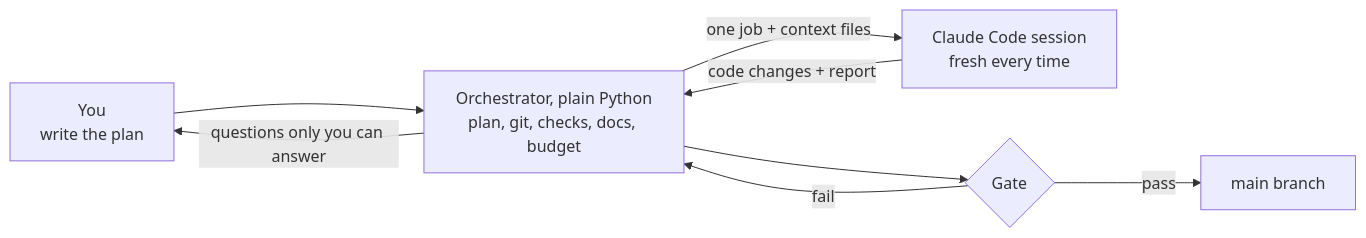
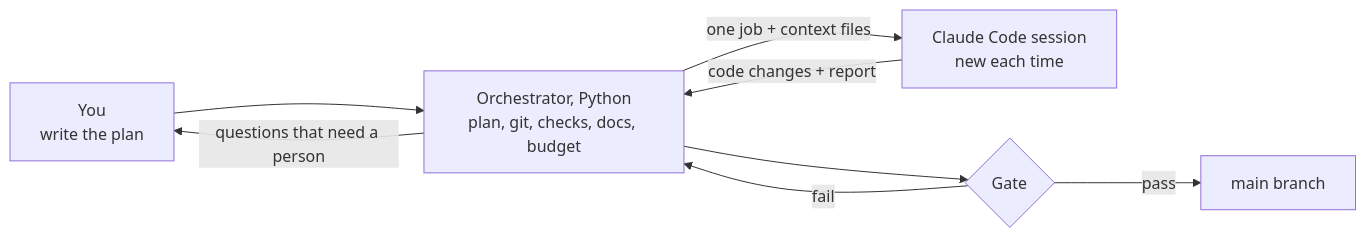
The first of 5 diagrams in ARCHITECTURE.md (manishjnv/AutoPilot), drawn with Mermaid before and after one commit. The commit also changed other lines of this file and 5 other files, not shown here.

First line of the commit message:
docs: one page type each, in Simplified Technical English

````diff
--- a/ARCHITECTURE.md
+++ b/ARCHITECTURE.md
@@ -7,11 +11,13 @@
 ```mermaid
 flowchart LR
+    accTitle: Who does what
+    accDescr: You write the plan. The orchestrator gives one job to a new Claude Code session, gets the code changes back, and runs the gate. A pass goes to main. The orchestrator asks you only the questions that a person must answer.
     you["You<br/>write the plan"] --> orch
-    orch["Orchestrator, plain Python<br/>plan, git, checks, docs, budget"]
-    orch -->|one job + context files| ai["Claude Code session<br/>fresh every time"]
+    orch["Orchestrator, Python<br/>plan, git, checks, docs, budget"]
+    orch -->|one job + context files| ai["Claude Code session<br/>new each time"]
     ai -->|code changes + report| orch
     orch --> gate{"Gate"}
     gate -->|pass| main["main branch"]
     gate -->|fail| orch
-    orch -->|questions only you can answer| you
+    orch -->|questions that need a person| you
 ```
````
